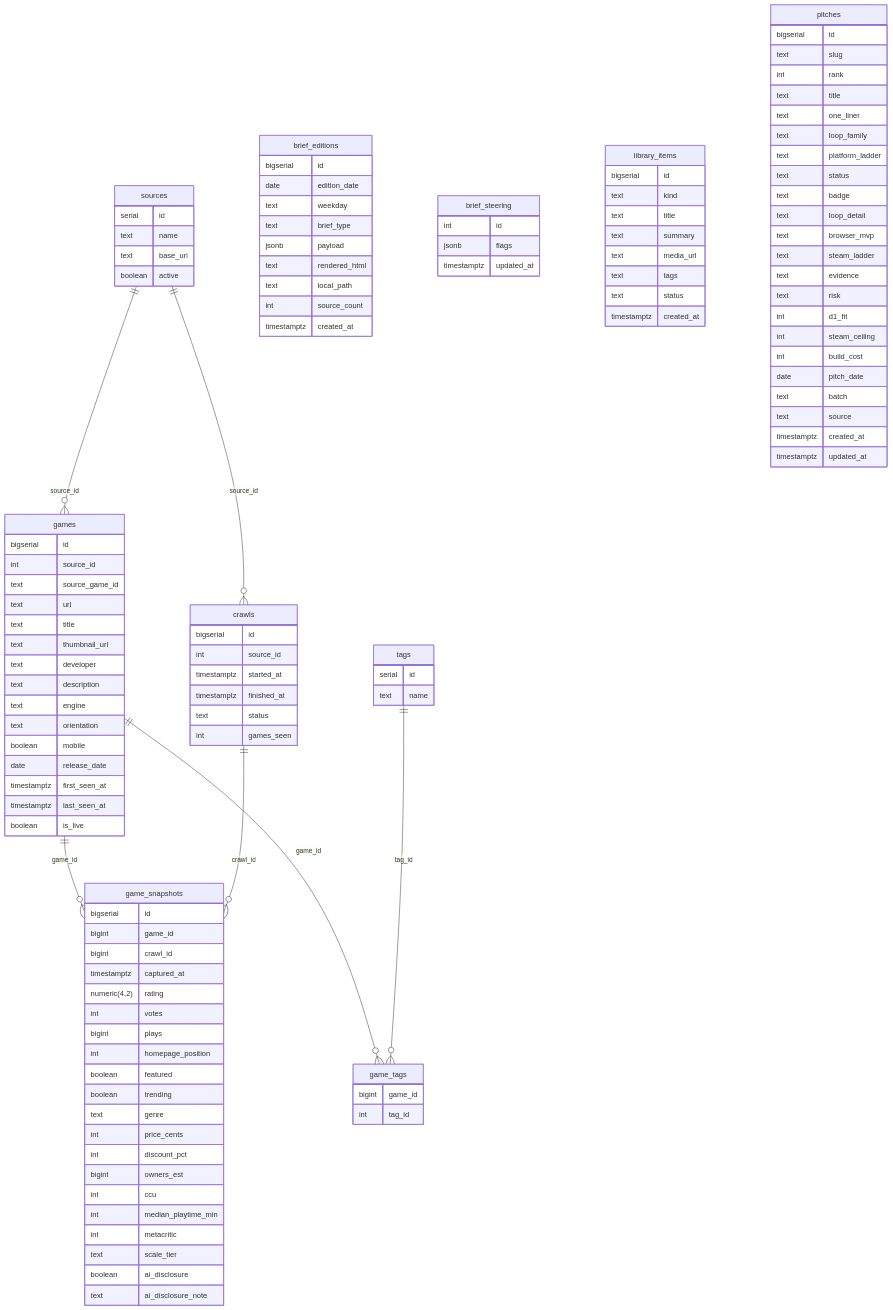
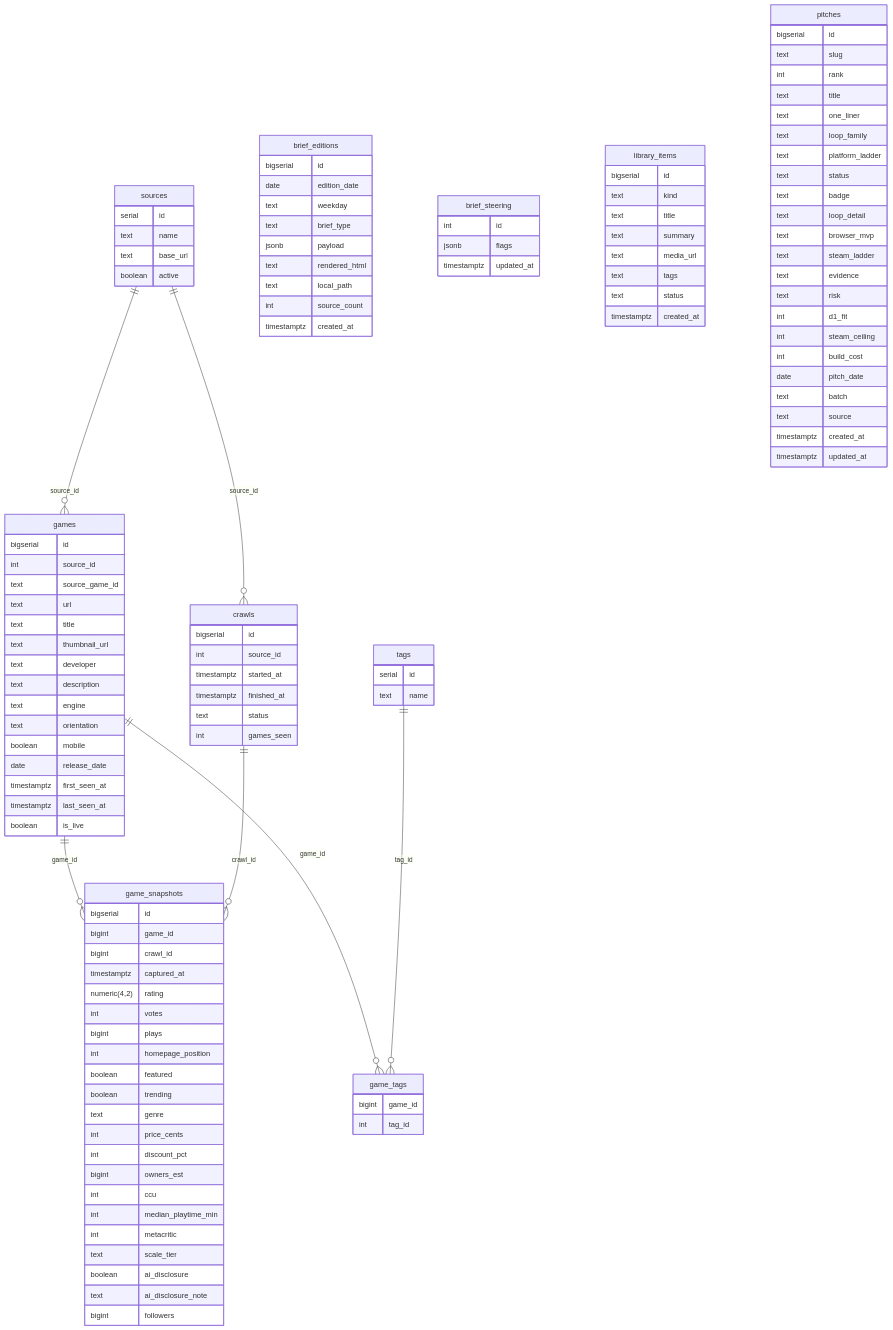
One commit to ry4nch1n/KAIROS changed the diagram in docs/reference/schema.md. Above: the diagram before and after it, drawn with Mermaid. The commit also changed other lines of this file and 7 other files, not shown here.

```diff
--- a/docs/reference/schema.md
+++ b/docs/reference/schema.md
@@ -71,6 +71,7 @@
     text scale_tier
     boolean ai_disclosure
     text ai_disclosure_note
+    bigint followers
   }
   tags {
     serial id
```
